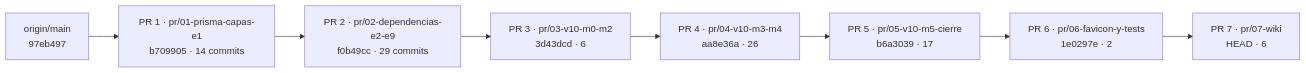
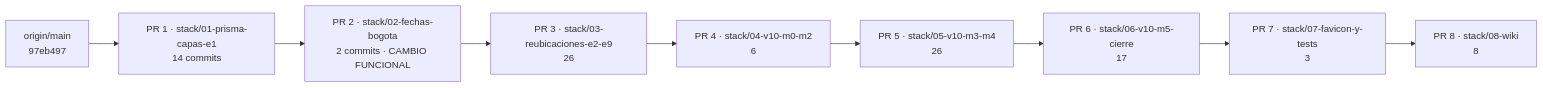
Before and after one commit to NexusThrive/nexus-thrive: the diagram in docs/internal/informe-pila-de-prs.md, drawn with Mermaid. The commit also changed other lines of this file and 2 other files, not shown here.

First line of the commit message:
docs: plan e informes de la pila de 8 PR (fechas separadas, favicon en el PR 7, verificación por rama)

````diff
--- a/docs/internal/informe-pila-de-prs.md
+++ b/docs/internal/informe-pila-de-prs.md
@@ -7,10 +7,11 @@
 ```mermaid
 flowchart LR
-  main["origin/main<br/>97eb497"] --> P1["PR 1 · pr/01-prisma-capas-e1<br/>b709905 · 14 commits"]
-  P1 --> P2["PR 2 · pr/02-dependencias-e2-e9<br/>f0b49cc · 29 commits"]
-  P2 --> P3["PR 3 · pr/03-v10-m0-m2<br/>3d43dcd · 6"]
-  P3 --> P4["PR 4 · pr/04-v10-m3-m4<br/>aa8e36a · 26"]
-  P4 --> P5["PR 5 · pr/05-v10-m5-cierre<br/>b6a3039 · 17"]
-  P5 --> P6["PR 6 · pr/06-favicon-y-tests<br/>1e0297e · 2"]
-  P6 --> P7["PR 7 · pr/07-wiki<br/>HEAD · 6"]
+  main["origin/main<br/>97eb497"] --> P1["PR 1 · stack/01-prisma-capas-e1<br/>14 commits"]
+  P1 --> P2["PR 2 · stack/02-fechas-bogota<br/>2 commits · CAMBIO FUNCIONAL"]
+  P2 --> P3["PR 3 · stack/03-reubicaciones-e2-e9<br/>26"]
+  P3 --> P4["PR 4 · stack/04-v10-m0-m2<br/>6"]
+  P4 --> P5["PR 5 · stack/05-v10-m3-m4<br/>26"]
+  P5 --> P6["PR 6 · stack/06-v10-m5-cierre<br/>17"]
+  P6 --> P7["PR 7 · stack/07-favicon-y-tests<br/>3"]
+  P7 --> P8["PR 8 · stack/08-wiki<br/>8"]
 ```
````
